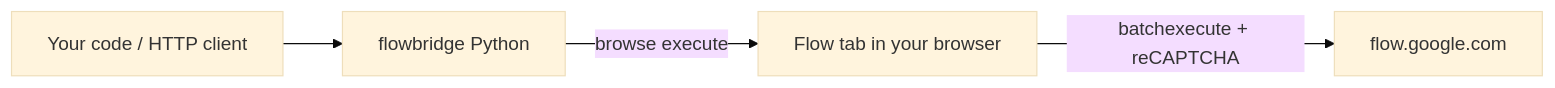
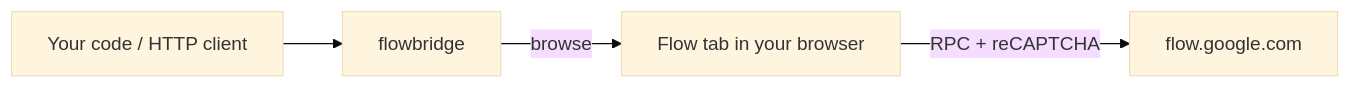
Before and after one commit to keethesh/flowbridge: the diagram in README.md, drawn with Mermaid (base theme). The commit also changed other lines of this file, not shown here.

````diff
--- a/README.md
+++ b/README.md
@@ -11,6 +152,6 @@
 ```mermaid
 flowchart LR
-  A[Your code / HTTP client] --> B[flowbridge Python]
-  B -- browse execute --> C[Flow tab in your browser]
-  C -- batchexecute + reCAPTCHA --> D[flow.google.com]
+  A[Your code / HTTP client] --> B[flowbridge]
+  B -- browse --> C[Flow tab in your browser]
+  C -- RPC + reCAPTCHA --> D[flow.google.com]
 ```
````
